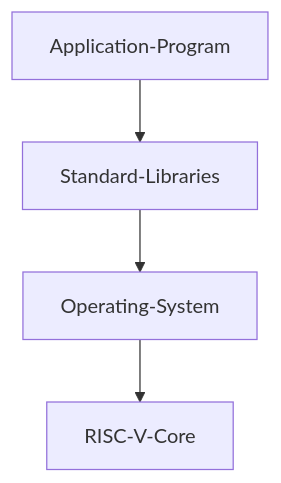
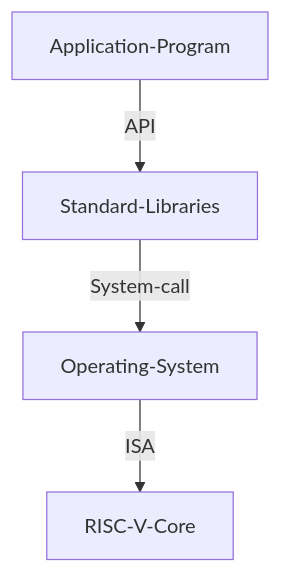
Before and after one commit to NAvi349/riscv-myth-ws: the diagram in README.md, drawn with Mermaid.

````diff
--- a/README.md
+++ b/README.md
@@ -134,8 +134,8 @@
 ```mermaid
 
 graph TD
-Application-Program --> Standard-Libraries
-Standard-Libraries --> Operating-System
-Operating-System --> RISC-V-Core
+Application-Program -->|API| Standard-Libraries
+Standard-Libraries -->|System-call| Operating-System
+Operating-System -->|ISA| RISC-V-Core
 
 ```
````
